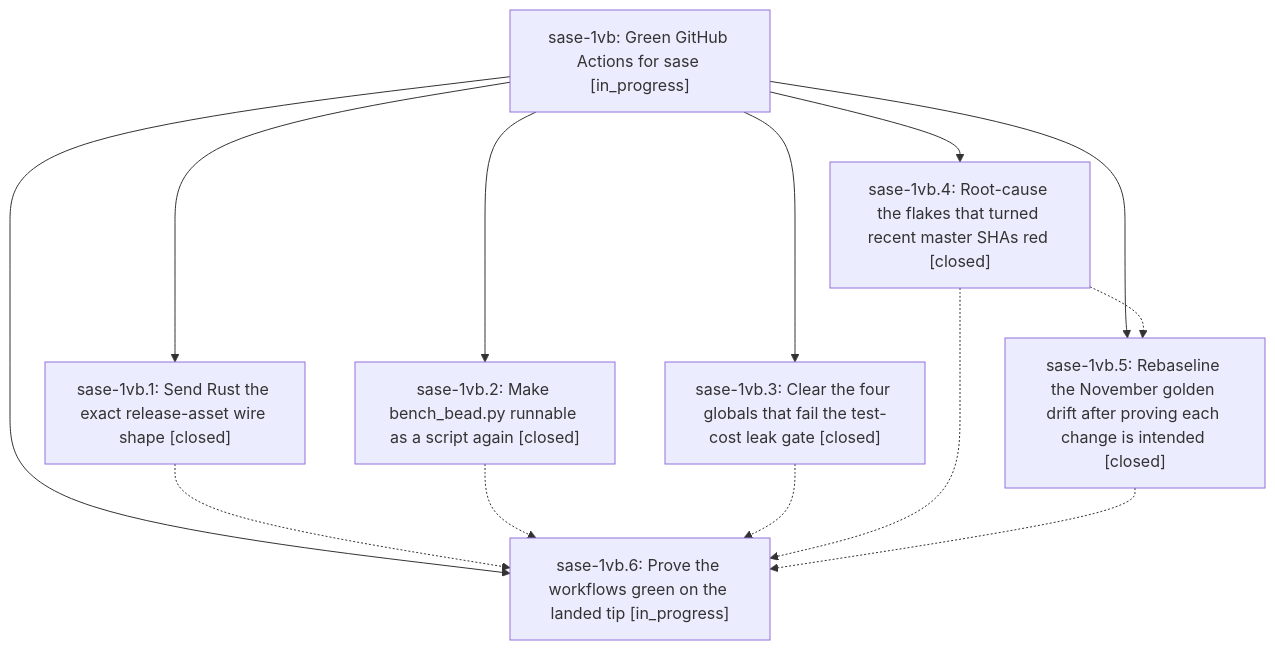
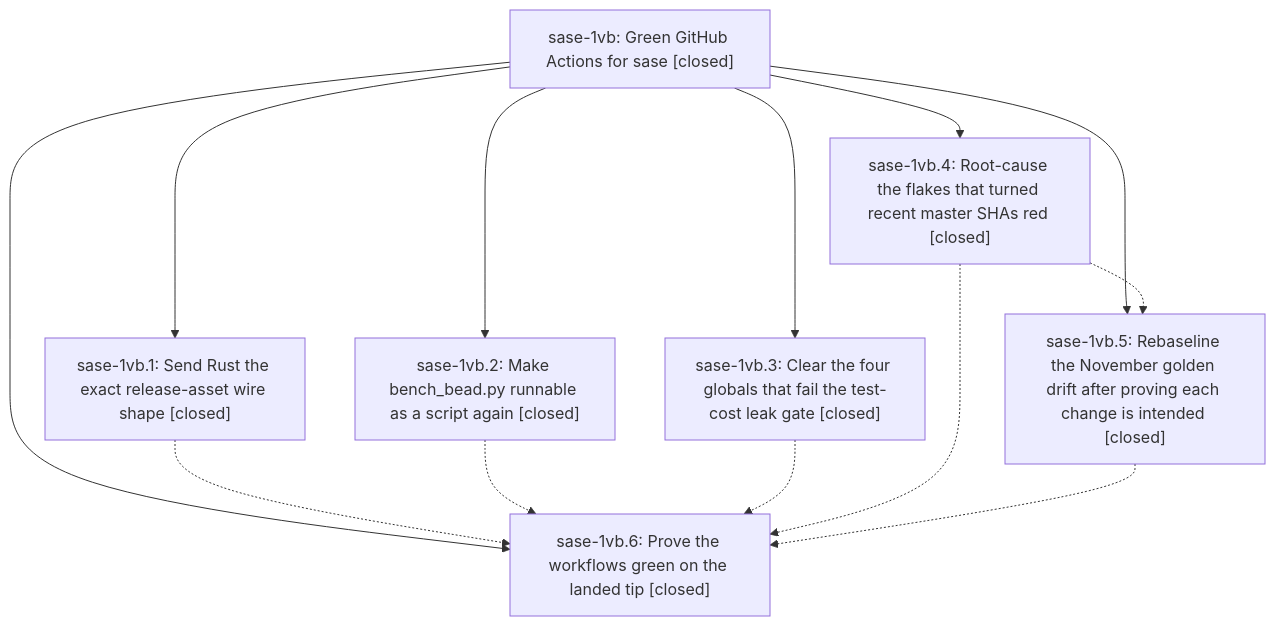
Before and after one commit to sase-org/sase--beads: the diagram in pages/sase-1vb/README.md, drawn with Mermaid. The commit also changed other lines of this file and 6 other files, not shown here.

````diff
--- a/pages/sase-1vb/README.md
+++ b/pages/sase-1vb/README.md
@@ -41,22 +68,22 @@
 ```mermaid
 flowchart TD
-    n0["sase-1vb: Green GitHub Actions for sase [in_progress]"]
+    n0["sase-1vb: Green GitHub Actions for sase [closed]"]
     n1["sase-1vb.1: Send Rust the exact release-asset wire shape [closed]"]
     n2["sase-1vb.2: Make bench_bead.py runnable as a script again [closed]"]
     n3["sase-1vb.3: Clear the four globals that fail the test-cost leak gate [closed]"]
     n4["sase-1vb.4: Root-cause the flakes that turned recent master SHAs red [closed]"]
     n5["sase-1vb.5: Rebaseline the November golden drift after proving each change is intended [closed]"]
-    n6["sase-1vb.6: Prove the workflows green on the landed tip [in_progress]"]
+    n6["sase-1vb.6: Prove the workflows green on the landed tip [closed]"]
     n0 --> n1
     n0 --> n2
     n0 --> n3
     n0 --> n4
     n0 --> n5
     n0 --> n6
     n1 -.-> n6
     n2 -.-> n6
     n3 -.-> n6
     n4 -.-> n5
     n4 -.-> n6
     n5 -.-> n6
 ```
````
